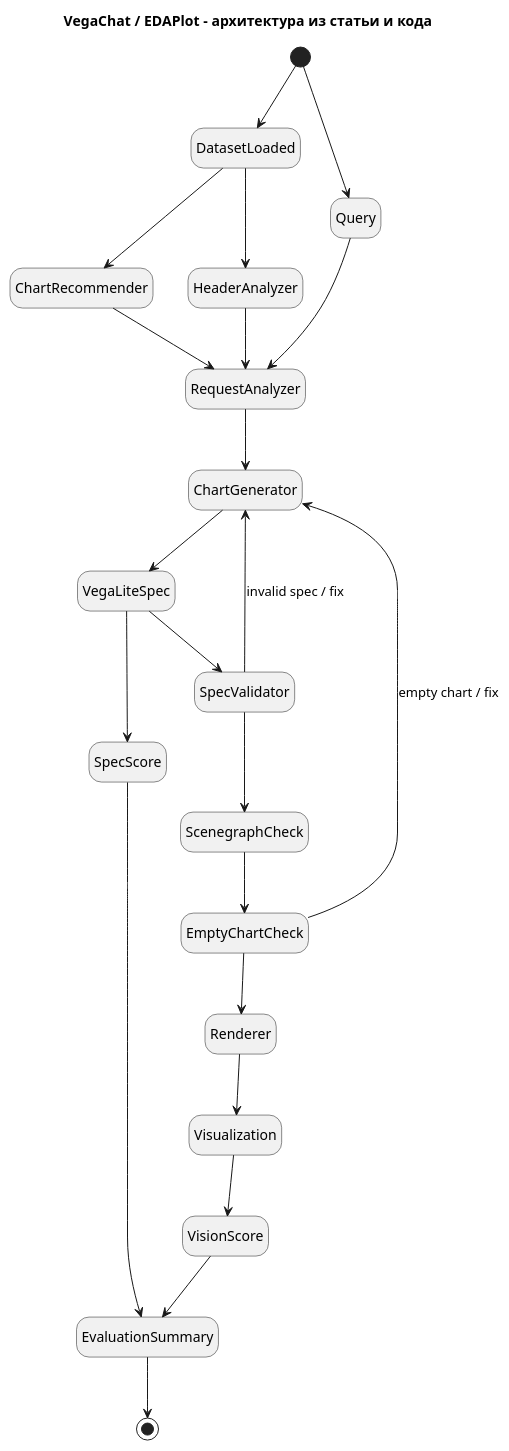
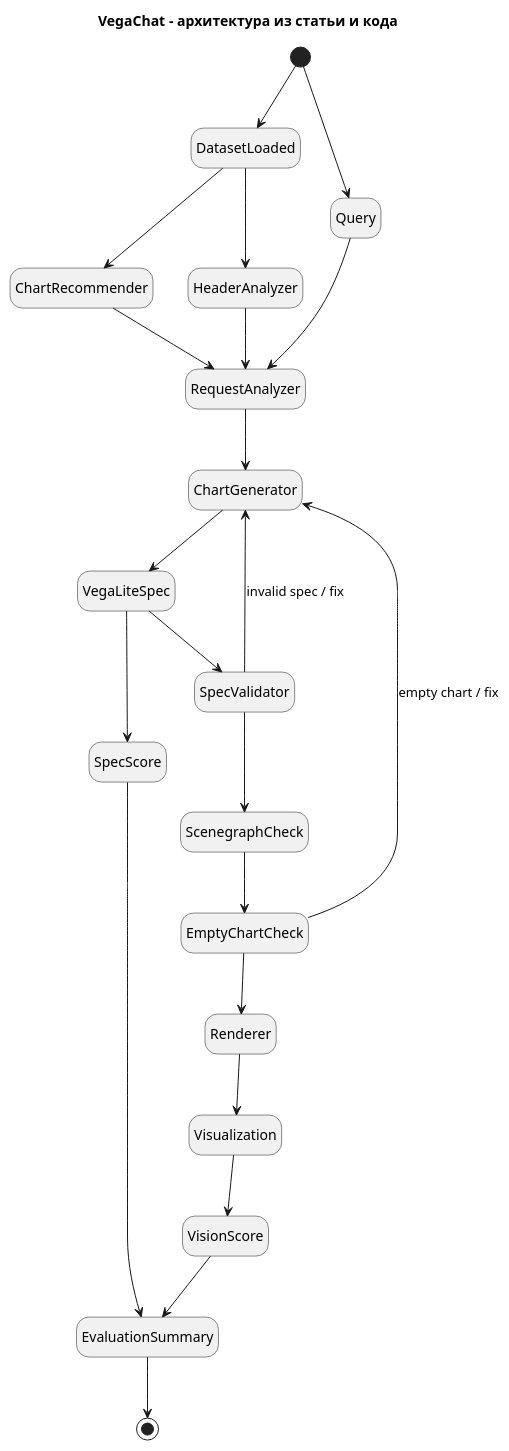
The diagram in architecture/no_comments/VegaChat.puml (shnikita-cr/ViRAGE), drawn with PlantUML before and after one commit. The commit also changed 35 other files, not shown here.

```diff
--- a/architecture/no_comments/VegaChat.puml
+++ b/architecture/no_comments/VegaChat.puml
@@ -1,39 +1,39 @@
 @startuml
-title VegaChat / EDAPlot - архитектура из статьи и кода
+title VegaChat - архитектура из статьи и кода
 
 hide empty description
 
 [*] --> DatasetLoaded
 DatasetLoaded --> HeaderAnalyzer
 DatasetLoaded --> ChartRecommender
 
 [*] --> Query
 Query --> RequestAnalyzer
 
 HeaderAnalyzer --> RequestAnalyzer
 ChartRecommender --> RequestAnalyzer
 
 RequestAnalyzer --> ChartGenerator
 ChartGenerator --> VegaLiteSpec
 
 VegaLiteSpec --> SpecValidator
 SpecValidator --> ScenegraphCheck
 ScenegraphCheck --> EmptyChartCheck
 
 SpecValidator --> ChartGenerator : invalid spec / fix
 EmptyChartCheck --> ChartGenerator : empty chart / fix
 
 EmptyChartCheck --> Renderer
 Renderer --> Visualization
 
 VegaLiteSpec --> SpecScore
 Visualization --> VisionScore
 
 SpecScore --> EvaluationSummary
 VisionScore --> EvaluationSummary
 
 EvaluationSummary --> [*]
 
 
 
 @enduml
```
